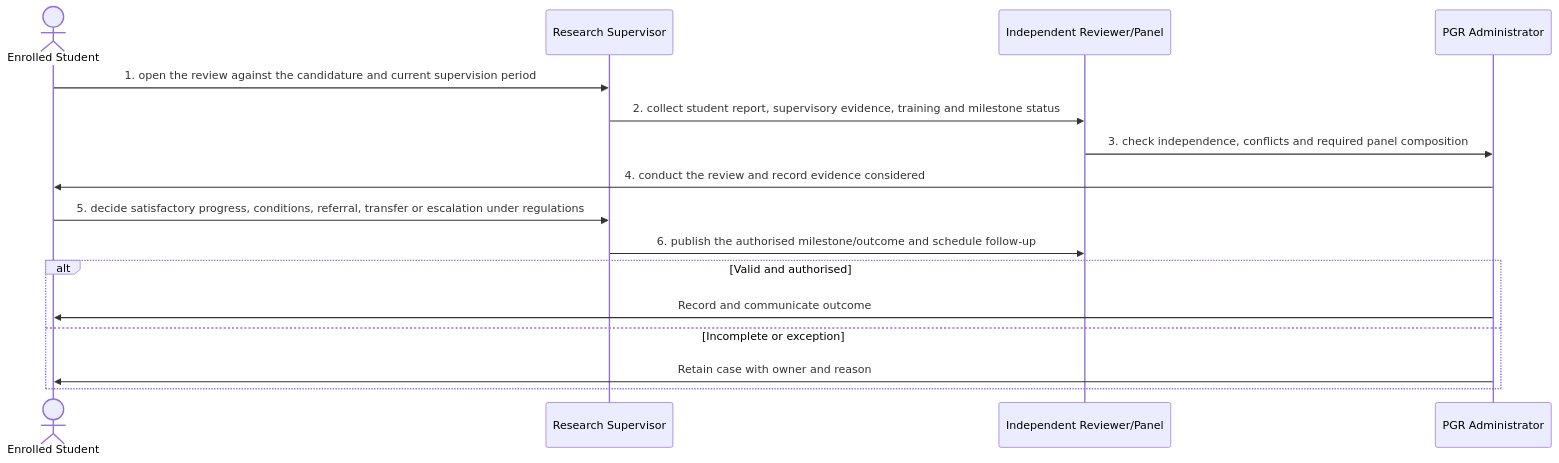
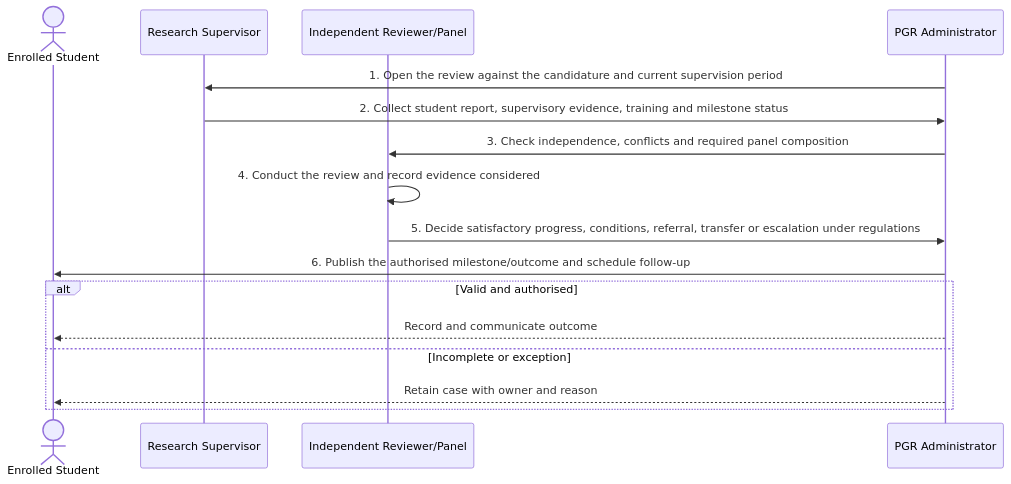
The diagram in docs/business-processes/04-learning-engagement-and-support/bp-04-003-review-pgr-progress-and-milestones.md (RevelationCore/Revelation-SRS), drawn with Mermaid before and after one commit. The commit also changed other lines of this file and 96 other files, not shown here.

````diff
--- a/docs/business-processes/04-learning-engagement-and-support/bp-04-003-review-pgr-progress-and-milestones.md
+++ b/docs/business-processes/04-learning-engagement-and-support/bp-04-003-review-pgr-progress-and-milestones.md
@@ -159,18 +159,19 @@
 ```mermaid
 sequenceDiagram
-    actor A1 as Enrolled Student
-    participant A2 as Research Supervisor
-    participant A3 as Independent Reviewer/Panel
-    participant A4 as PGR Administrator
-    A1->>A2: 1. open the review against the candidature and current supervision period
-    A2->>A3: 2. collect student report, supervisory evidence, training and milestone status
-    A3->>A4: 3. check independence, conflicts and required panel composition
-    A4->>A1: 4. conduct the review and record evidence considered
-    A1->>A2: 5. decide satisfactory progress, conditions, referral, transfer or escalation under regulations
-    A2->>A3: 6. publish the authorised milestone/outcome and schedule follow-up
+    actor Student as Enrolled Student
+    participant Supervisor as Research Supervisor
+    participant Panel as Independent Reviewer/Panel
+    participant Admin as PGR Administrator
+
+    Admin->>Supervisor: 1. Open the review against the candidature and current supervision period
+    Supervisor->>Admin: 2. Collect student report, supervisory evidence, training and milestone status
+    Admin->>Panel: 3. Check independence, conflicts and required panel composition
+    Panel->>Panel: 4. Conduct the review and record evidence considered
+    Panel->>Admin: 5. Decide satisfactory progress, conditions, referral, transfer or escalation under regulations
+    Admin->>Student: 6. Publish the authorised milestone/outcome and schedule follow-up
     alt Valid and authorised
-        A4->>A1: Record and communicate outcome
+        Admin-->>Student: Record and communicate outcome
     else Incomplete or exception
-        A4->>A1: Retain case with owner and reason
+        Admin-->>Student: Retain case with owner and reason
     end
 ```
````
